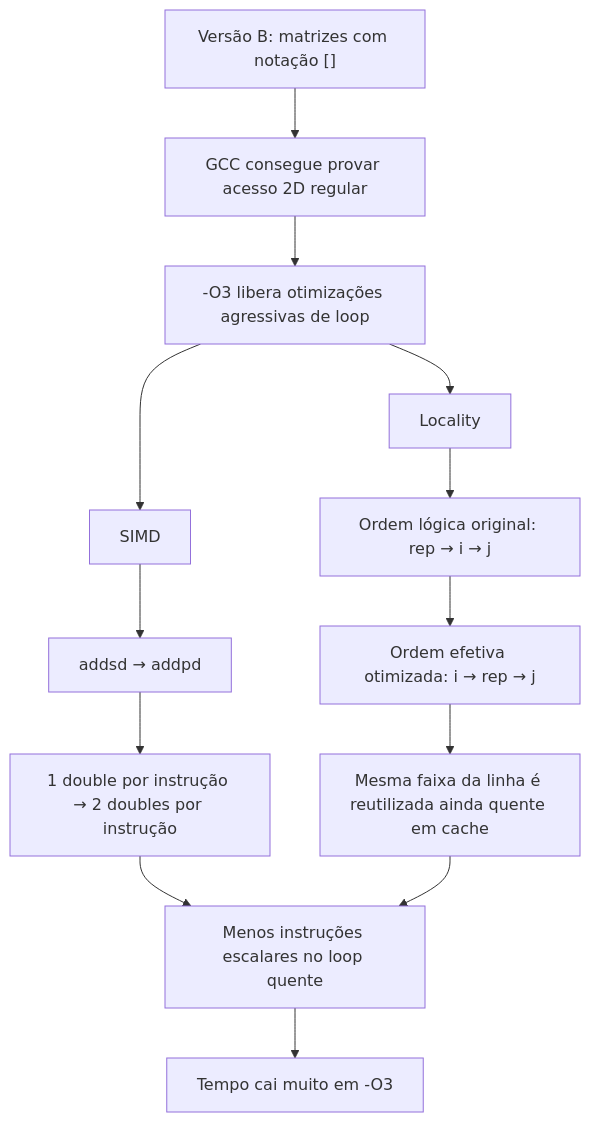
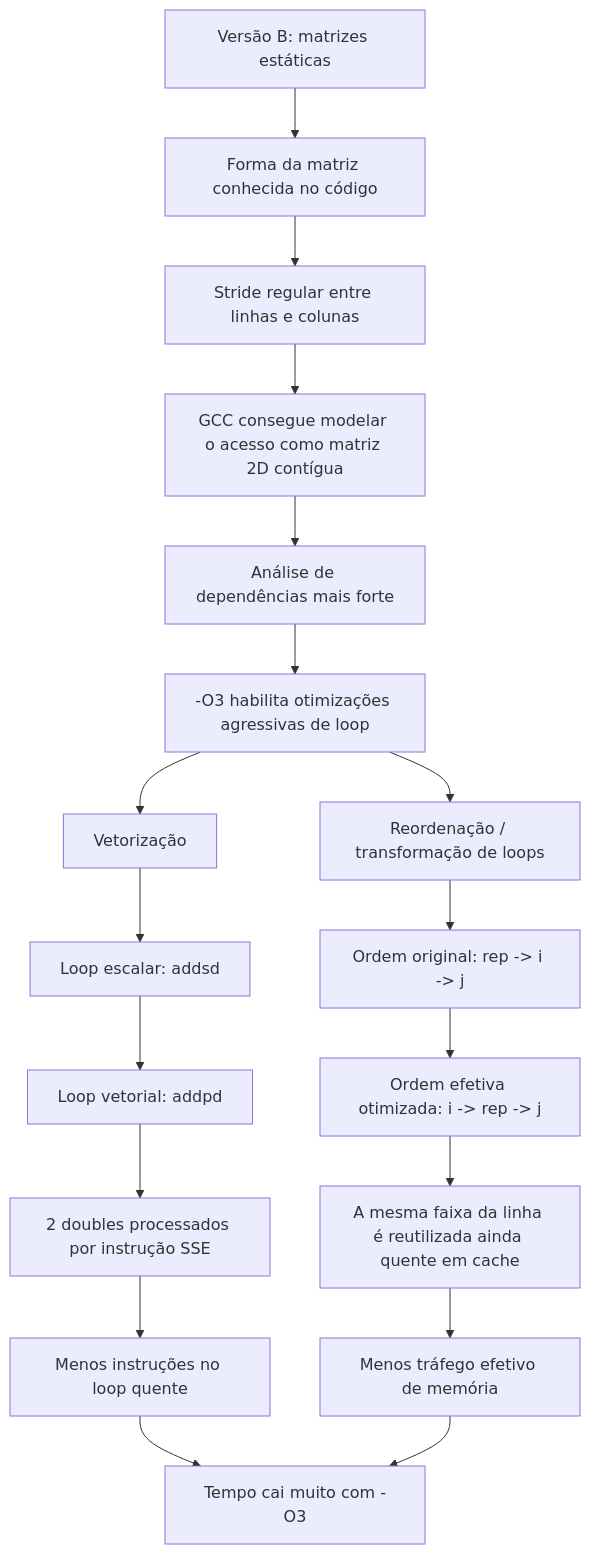
Before and after one commit to RafaelVVolkmer/test_flags_study: the second of 2 diagrams in README.md, drawn with Mermaid. The commit also changed other lines of this file, not shown here.

Commit message:
KKKKKKK DEUU

````diff
--- a/README.md
+++ b/README.md
@@ -452,18 +480,24 @@
 ```mermaid
 flowchart TD
-    A["Versão B: matrizes com notação []"] --> B["GCC consegue provar acesso 2D regular"]
-    B --> C["-O3 libera otimizações agressivas de loop"]
+    B0["Versão B: matrizes estáticas"] --> B1["Forma da matriz conhecida no código"]
+    B1 --> B2["Stride regular entre linhas e colunas"]
+    B2 --> B3["GCC consegue modelar o acesso como matriz 2D contígua"]
+    B3 --> B4["Análise de dependências mais forte"]
 
-    C --> D["SIMD"]
-    D --> E["addsd → addpd"]
-    E --> F["1 double por instrução → 2 doubles por instrução"]
+    B4 --> B5["-O3 habilita otimizações agressivas de loop"]
 
-    C --> G["Locality"]
-    G --> H["Ordem lógica original: rep → i → j"]
-    H --> I["Ordem efetiva otimizada: i → rep → j"]
-    I --> J["Mesma faixa da linha é reutilizada ainda quente em cache"]
+    B5 --> B6["Vetorização"]
+    B6 --> B7["Loop escalar: addsd"]
+    B7 --> B8["Loop vetorial: addpd"]
+    B8 --> B9["2 doubles processados por instrução SSE"]
 
-    F --> K["Menos instruções escalares no loop quente"]
-    J --> K
-    K --> L["Tempo cai muito em -O3"]
+    B5 --> B10["Reordenação / transformação de loops"]
+    B10 --> B11["Ordem original: rep -> i -> j"]
+    B11 --> B12["Ordem efetiva otimizada: i -> rep -> j"]
+    B12 --> B13["A mesma faixa da linha é reutilizada ainda quente em cache"]
+
+    B9 --> B14["Menos instruções no loop quente"]
+    B13 --> B15["Menos tráfego efetivo de memória"]
+    B14 --> B16["Tempo cai muito com -O3"]
+    B15 --> B16
 ```
````
